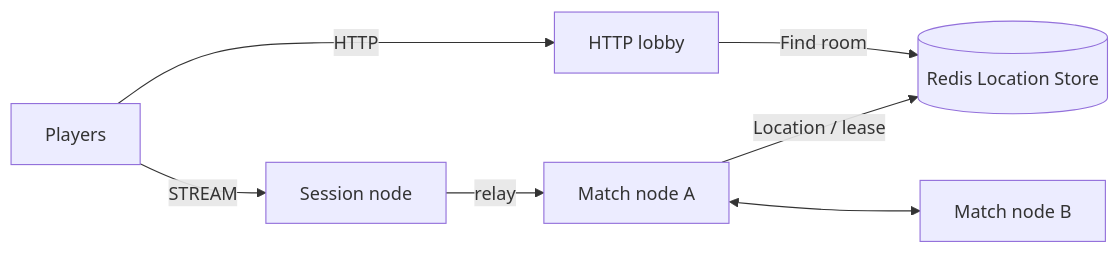
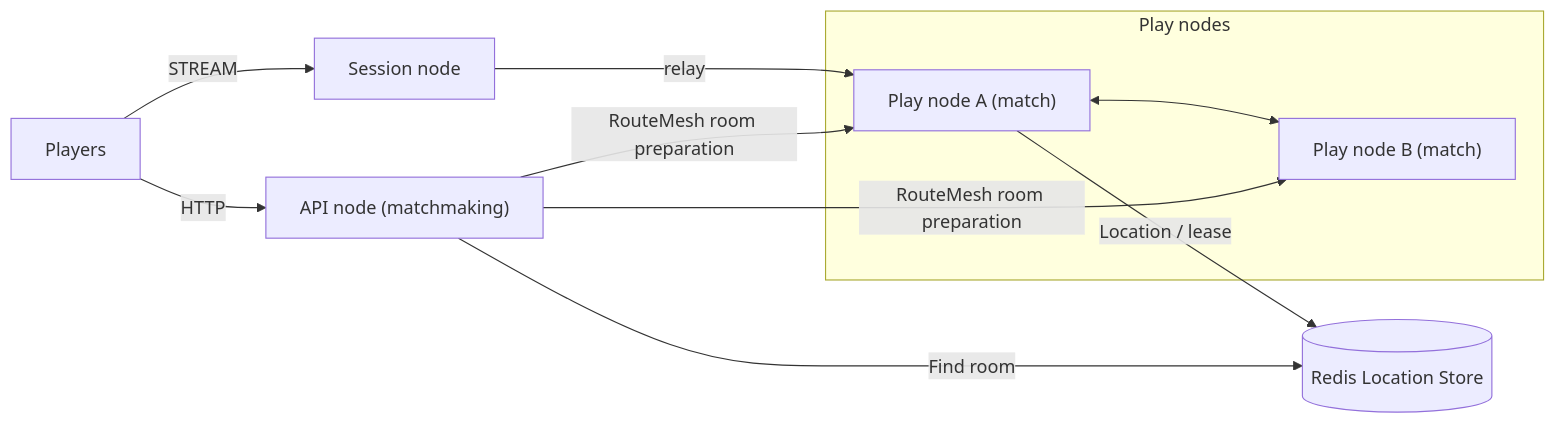
Before and after one commit to zlink-systems/zlink: the diagram in framework/languages/java/templates/java/fps-http-lobby/my-game/README.md, drawn with Mermaid. The commit also changed other lines of this file and 223 other files, not shown here.

First line of the commit message:
docs(templates): 모든 템플릿의 노드 이름을 Session node · Play node · API node로 (#5350)

````diff
--- a/framework/languages/java/templates/java/fps-http-lobby/my-game/README.md
+++ b/framework/languages/java/templates/java/fps-http-lobby/my-game/README.md
@@ -5,9 +5,15 @@
 ```mermaid
 flowchart LR
-  players[Players] -->|HTTP| lobby[HTTP lobby]
-  players -->|STREAM| session[Session node]
-  session -->|relay| matchA[Match node A]
-  matchA <--> matchB[Match node B]
+  subgraph playNodes["Play nodes"]
+    matchA["Play node A (match)"]
+    matchB["Play node B (match)"]
+  end
+  players[Players] -->|STREAM| session["Session node"]
+  session -->|relay| matchA
+  matchA <--> matchB
   lobby -->|Find room| location[(Redis Location Store)]
   matchA -->|Location / lease| location
+  players -->|HTTP| lobby["API node (matchmaking)"]
+  lobby -->|RouteMesh room preparation| matchA
+  lobby -->|RouteMesh room preparation| matchB
 ```
````
